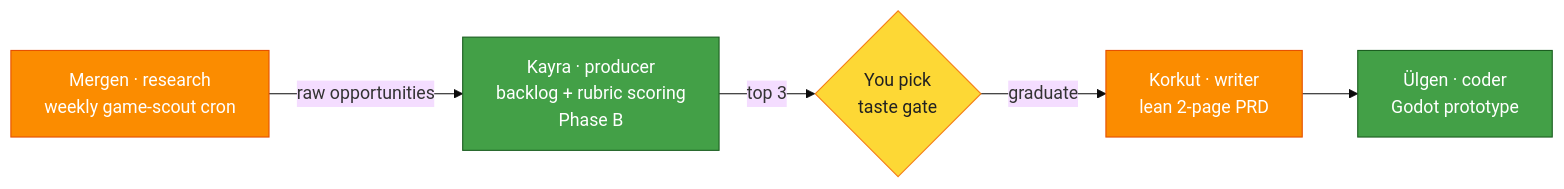
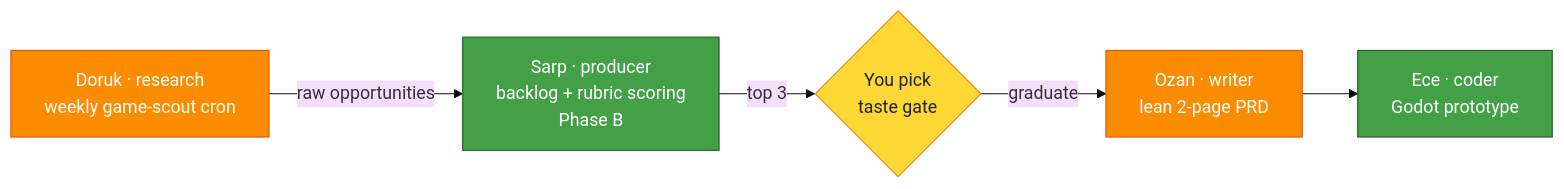
The diagram in docs/11-game-dev.md (mpolatcan/hermes-setup), drawn with Mermaid (base theme) before and after one commit. The commit also changed other lines of this file and 14 other files, not shown here.

First line of the commit message:
Rewrite plan: native single-Mini architecture + Turkish studio crew

````diff
--- a/docs/11-game-dev.md
+++ b/docs/11-game-dev.md
@@ -7,10 +7,10 @@
 ```mermaid
 flowchart LR
-    scout["Mergen · research<br/>weekly game-scout cron"]:::codex -->|raw opportunities| backlog["Kayra · producer<br/>backlog + rubric scoring<br/>Phase B"]:::mini
+    scout["Doruk · research<br/>weekly game-scout cron"]:::codex -->|raw opportunities| backlog["Sarp · producer<br/>backlog + rubric scoring<br/>Phase B"]:::mini
     backlog -->|top 3| pick{"You pick<br/>taste gate"}:::pick
-    pick -->|graduate| prd["Korkut · writer<br/>lean 2-page PRD"]:::codex
-    prd --> proto["Ülgen · coder<br/>Godot prototype"]:::mini
+    pick -->|graduate| prd["Ozan · writer<br/>lean 2-page PRD"]:::codex
+    prd --> proto["Ece · coder<br/>Godot prototype"]:::mini
     classDef mini fill:#43A047,stroke:#1B5E20,color:#fff
     classDef codex fill:#FB8C00,stroke:#E65100,color:#fff
     classDef pick fill:#FDD835,stroke:#F57F17,color:#212121
 ```
````
